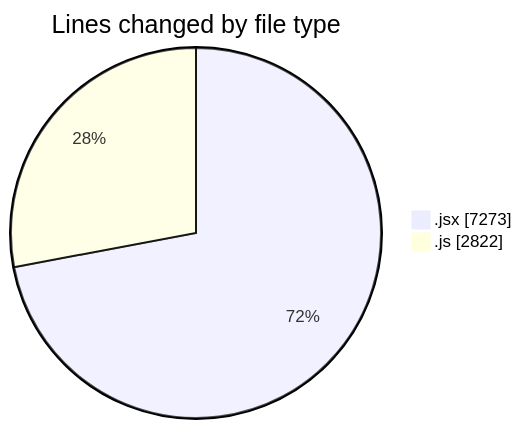
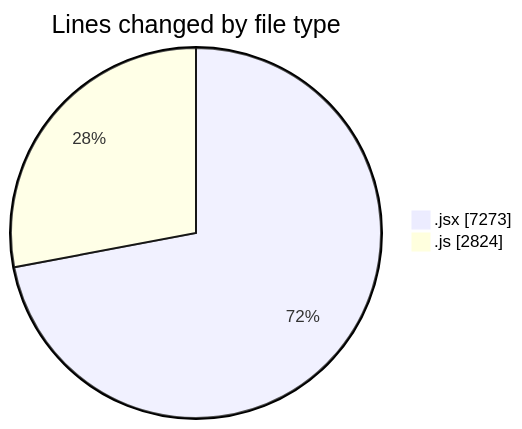
One commit to nxtqubesakshisongat/code-tracking changed the first of 2 diagrams in 2025-12-11/nxtqube_webapp/README.md. Above: the diagram before and after it, drawn with Mermaid. The commit also changed other lines of this file and 1 other file, not shown here.

````diff
--- a/2025-12-11/nxtqube_webapp/README.md
+++ b/2025-12-11/nxtqube_webapp/README.md
@@ -33,6 +33,6 @@
 ```mermaid
 pie showData
 title Lines changed by file type
 ".jsx" : 7273
-".js" : 2822
+".js" : 2824
 ```
````
